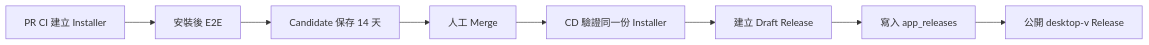
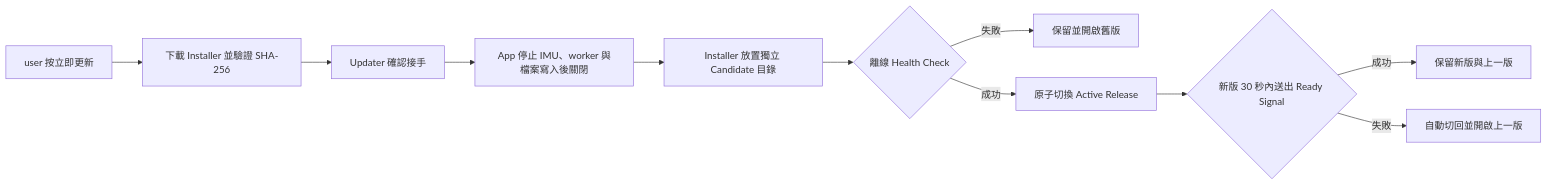
One commit to conan0220/BAP changed the diagram in docs/guides/desktop-release.md. Above: the diagram before and after it, drawn with Mermaid. The commit also changed other lines of this file and 40 other files, not shown here.

```diff
--- a/docs/guides/desktop-release.md
+++ b/docs/guides/desktop-release.md
@@ -13,10 +45,13 @@
 ~~~mermaid
 flowchart LR
-    A["PR CI 建立 Installer"] --> B["安裝後 E2E"]
-    B --> C["Candidate 保存 14 天"]
-    C --> D["人工 Merge"]
-    D --> E["CD 驗證同一份 Installer"]
-    E --> F["建立 Draft Release"]
-    F --> G["寫入 app_releases"]
-    G --> H["公開 desktop-v<version> Release"]
+    A["user 按立即更新"] --> B["下載 Installer 並驗證 SHA-256"]
+    B --> C["Updater 確認接手"]
+    C --> D["App 停止 IMU、worker 與檔案寫入後關閉"]
+    D --> E["Installer 放置獨立 Candidate 目錄"]
+    E --> F{"離線 Health Check"}
+    F -->|失敗| OLD["保留並開啟舊版"]
+    F -->|成功| G["原子切換 Active Release"]
+    G --> H{"新版 30 秒內送出 Ready Signal"}
+    H -->|成功| OK["保留新版與上一版"]
+    H -->|失敗| RB["自動切回並開啟上一版"]
 ~~~
```
